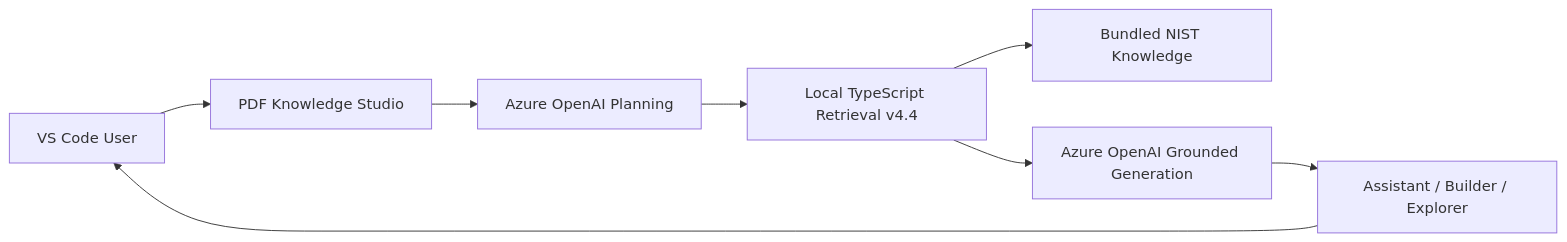
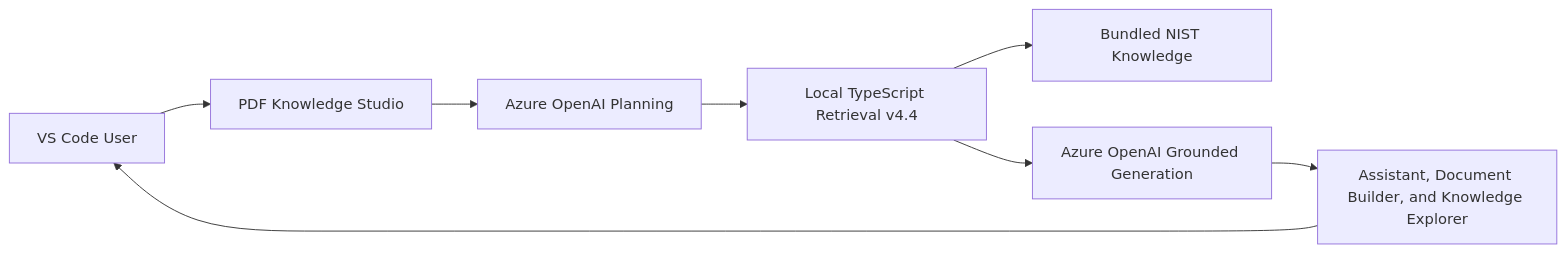
One commit to RakeshSw/PDFKnowledgeStudioGitHub changed the first of 3 diagrams in README.md. Above: the diagram before and after it, drawn with Mermaid. The commit also changed other lines of this file, not shown here.

Commit message:
release download

````diff
--- a/README.md
+++ b/README.md
@@ -29,10 +29,10 @@
 ```mermaid
 flowchart LR
-    U[VS Code User] --> E[PDF Knowledge Studio]
-    E --> P[Azure OpenAI Planning]
-    P --> R[Local TypeScript Retrieval v4.4]
-    R --> K[Bundled NIST Knowledge]
-    R --> G[Azure OpenAI Grounded Generation]
-    G --> X[Assistant / Builder / Explorer]
+    U["VS Code User"] --> E["PDF Knowledge Studio"]
+    E --> P["Azure OpenAI Planning"]
+    P --> R["Local TypeScript Retrieval v4.4"]
+    R --> K["Bundled NIST Knowledge"]
+    R --> G["Azure OpenAI Grounded Generation"]
+    G --> X["Assistant, Document Builder, and Knowledge Explorer"]
     X --> U
 ```
````
